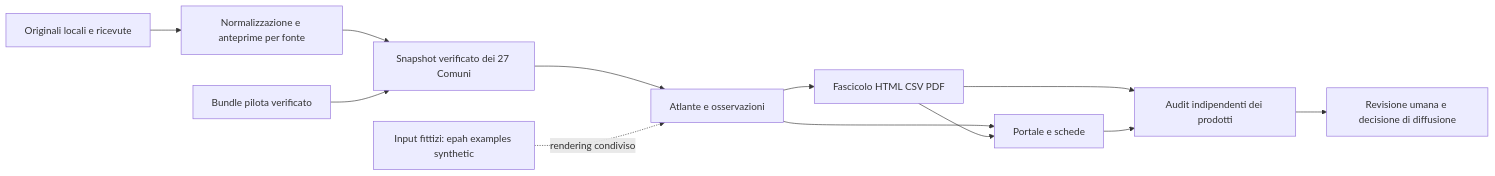
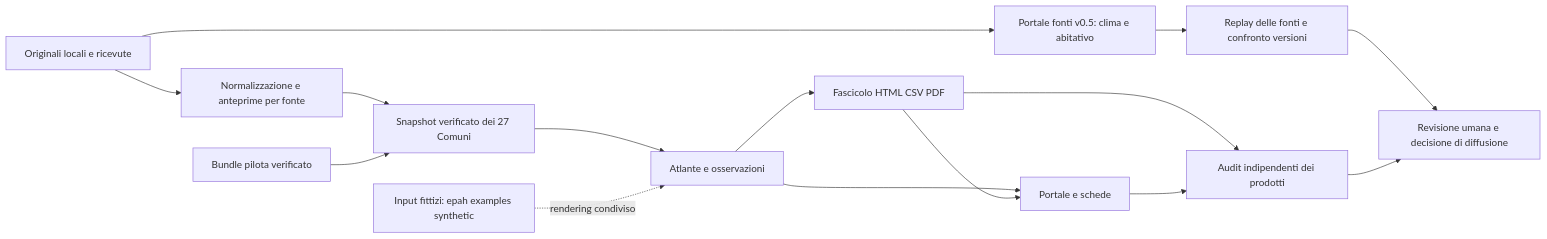
One commit to REC-Tools/EPAH-diagnosis changed the diagram in docs/v0_4_architecture.md. Above: the diagram before and after it, drawn with Mermaid. The commit also changed other lines of this file and 10 other files, not shown here.

````diff
--- a/docs/v0_4_architecture.md
+++ b/docs/v0_4_architecture.md
@@ -13,14 +13,17 @@
 ```mermaid
 flowchart LR
     O[Originali locali e ricevute] --> P[Normalizzazione e anteprime per fonte]
+    O --> V[Portale fonti v0.5: clima e abitativo]
+    V --> F[Replay delle fonti e confronto versioni]
+    F --> U[Revisione umana e decisione di diffusione]
     P --> S[Snapshot verificato dei 27 Comuni]
     B[Bundle pilota verificato] --> S
     S --> A[Atlante e osservazioni]
     D[Input fittizi: epah examples synthetic] -. rendering condiviso .-> A
     A --> R[Fascicolo HTML CSV PDF]
     A --> H[Portale e schede]
     R --> H
     R --> Q[Audit indipendenti dei prodotti]
     H --> Q
     Q --> U[Revisione umana e decisione di diffusione]
 ```
````
